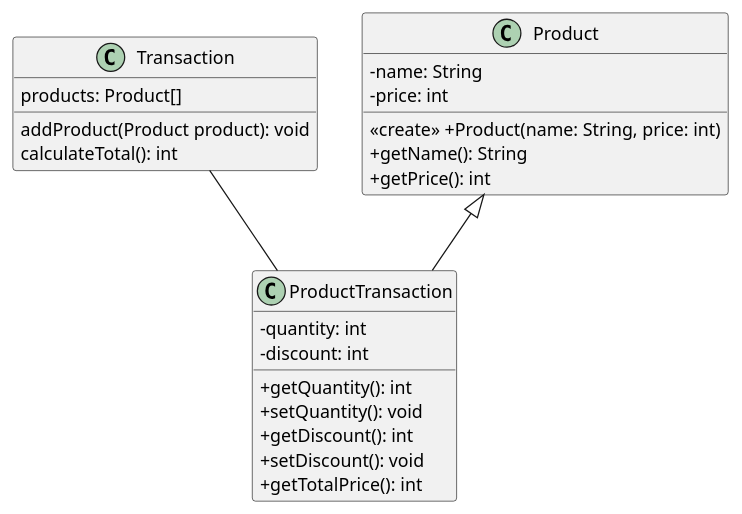
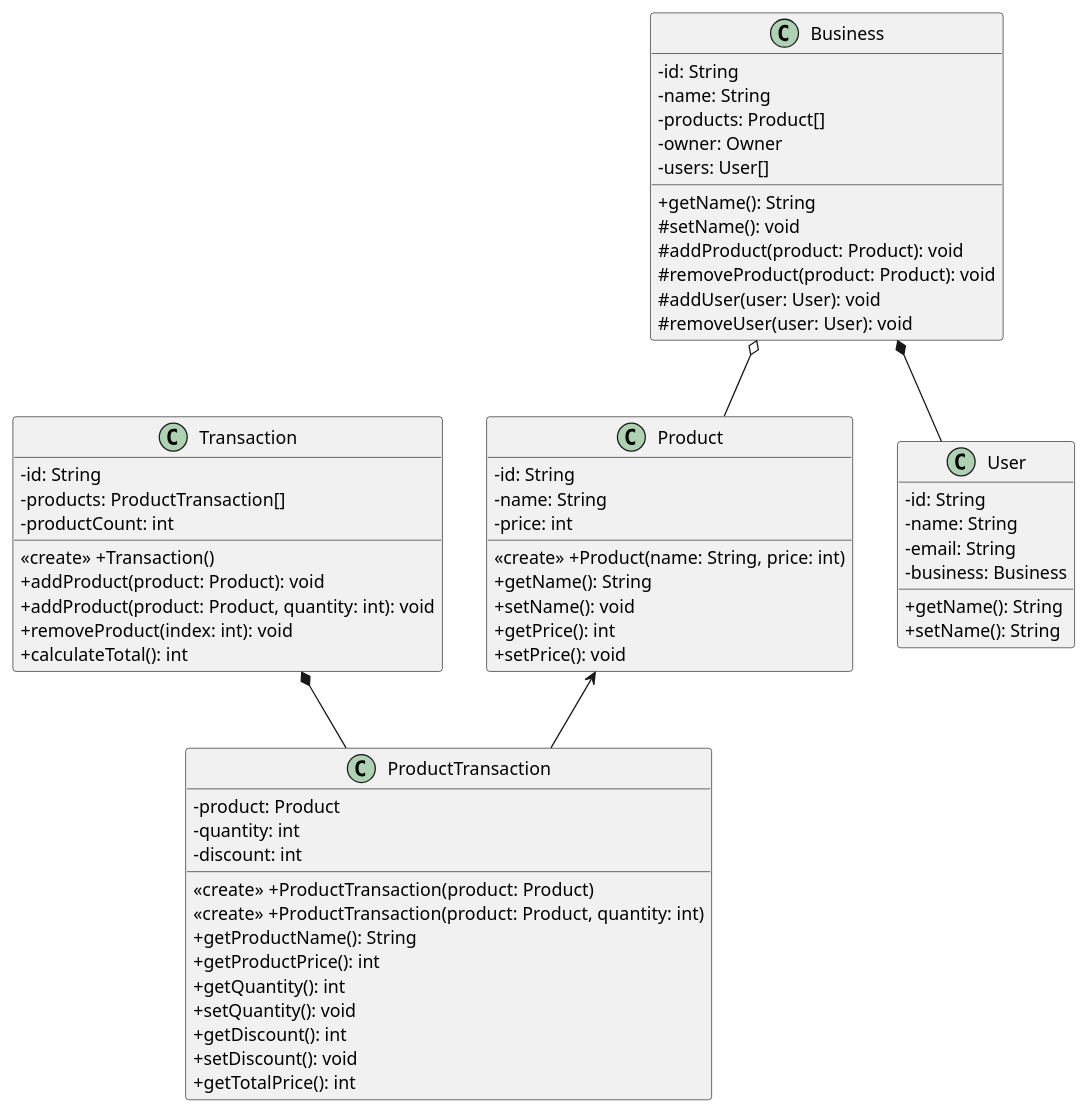
Before and after one commit to Aulkhami/pakupos: the diagram in main.puml, drawn with PlantUML.

Commit message:
Modify class diagram

```diff
--- a/main.puml
+++ b/main.puml
@@ -1,31 +1,69 @@
 @startuml
 
 skinparam classAttributeIconSize 0
 
 class Transaction {
-    products: Product[]
-    addProduct(Product product): void
-    calculateTotal(): int
+    -id: String
+    -products: ProductTransaction[]
+    -productCount: int
+    << create >> +Transaction()
+    +addProduct(product: Product): void
+    +addProduct(product: Product, quantity: int): void
+    +removeProduct(index: int): void
+    +calculateTotal(): int
 }
 
 class Product {
+    -id: String
     -name: String
     -price: int
     << create >> +Product(name: String, price: int)
     +getName(): String
+    +setName(): void
     +getPrice(): int
+    +setPrice(): void
 }
 
 class ProductTransaction {
+    -product: Product
     -quantity: int
     -discount: int
+    << create >> +ProductTransaction(product: Product)
+    << create >> +ProductTransaction(product: Product, quantity: int)
+    +getProductName(): String
+    +getProductPrice(): int
     +getQuantity(): int
     +setQuantity(): void
     +getDiscount(): int
     +setDiscount(): void
     +getTotalPrice(): int
 }
-Product <|-- ProductTransaction
-Transaction -- ProductTransaction
+Product <-- ProductTransaction
+Transaction *-- ProductTransaction
+
+class Business {
+    -id: String
+    -name: String
+    -products: Product[]
+    -owner: Owner
+    -users: User[]
+    +getName(): String
+    #setName(): void
+    #addProduct(product: Product): void
+    #removeProduct(product: Product): void
+    #addUser(user: User): void
+    #removeUser(user: User): void
+}
+Business o-- Product
+
+class User {
+    -id: String
+    -name: String
+    -email: String
+    -business: Business
+    +getName(): String
+    +setName(): String
+}
+Business *-- User
 
 @enduml
```
